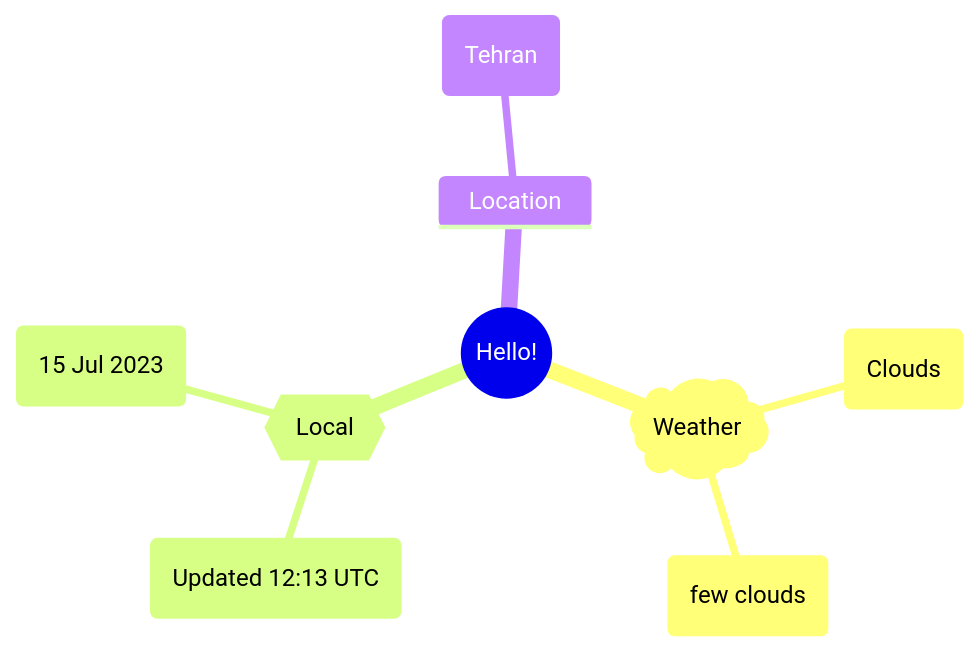
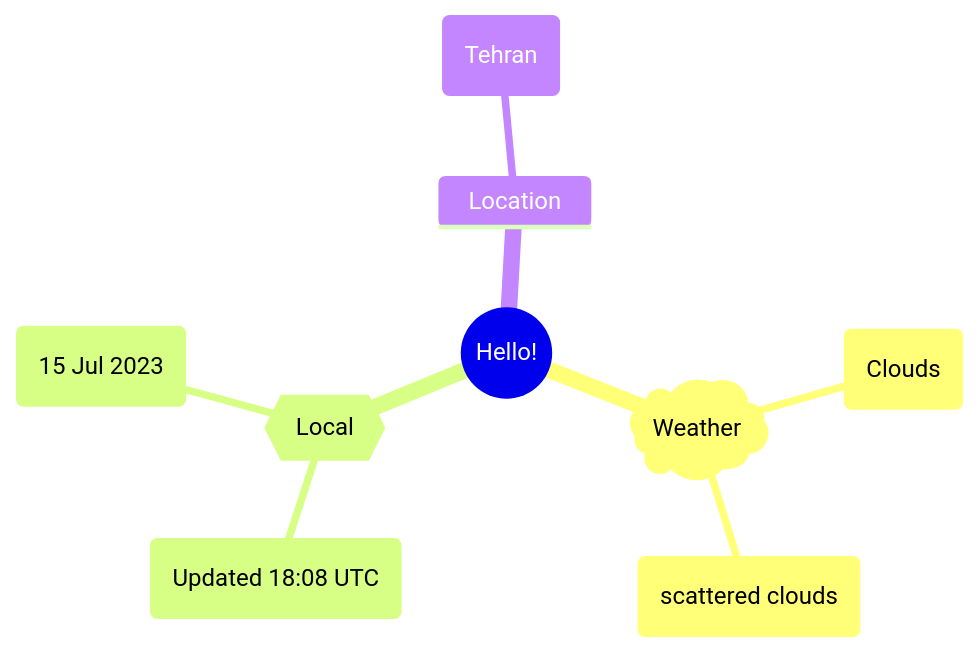
Before and after one commit to Xosrov/Xosrov: the first of 2 diagrams in README.md, drawn with Mermaid.

Commit message:
[bot] updated images

````diff
--- a/README.md
+++ b/README.md
@@ -3,12 +3,12 @@
 ```mermaid
 mindmap
   root((Hello!))
     )Weather(
         (Clouds)
-        (few clouds)
+        (scattered clouds)
     {{Local}}
-        (Updated 12:13 UTC)
+        (Updated 18:08 UTC)
         (15 Jul 2023)
     Location
         (Tehran)
 ```
````
